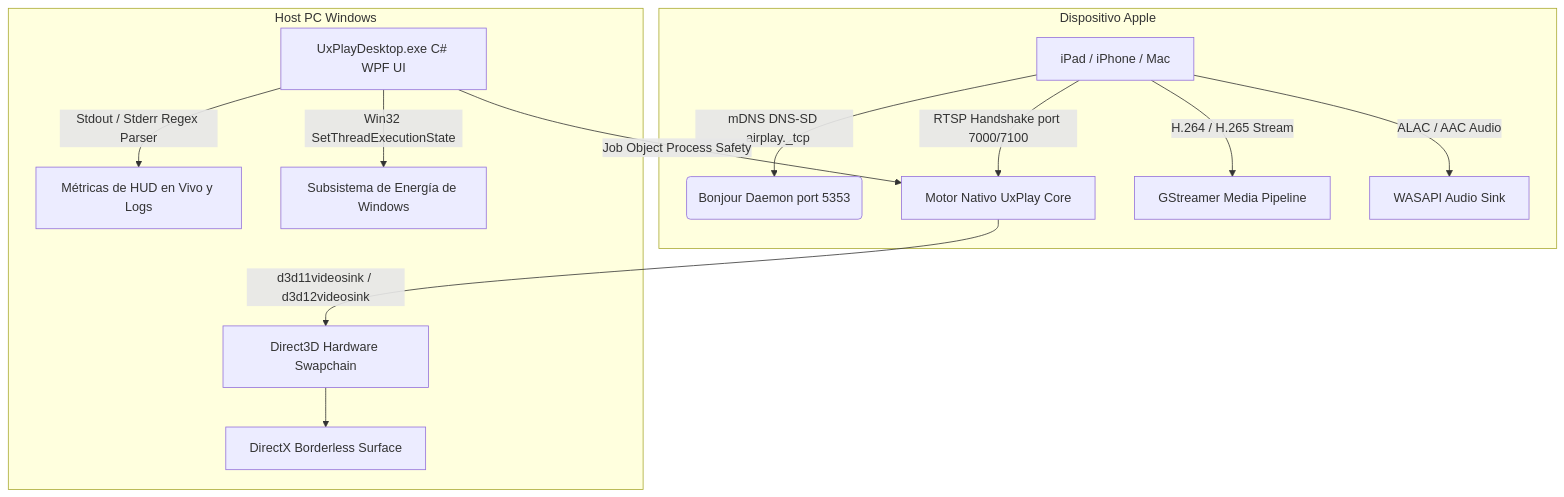
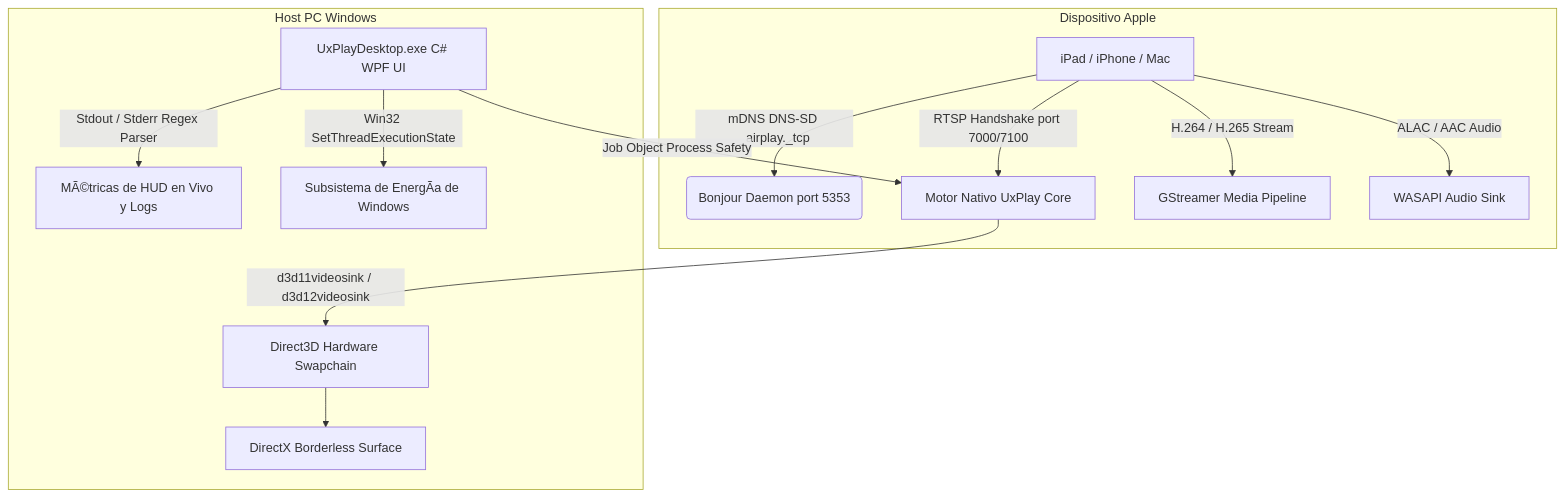
One commit to jorjanion/uxplay-desktop changed the diagram in docs/locales/README.es.md. Above: the diagram before and after it, drawn with Mermaid. The commit also changed other lines of this file and 18 other files, not shown here.

````diff
--- a/docs/locales/README.es.md
+++ b/docs/locales/README.es.md
@@ -85,17 +85,17 @@
 ```mermaid
 graph TD
     subgraph Dispositivo Apple
         A[iPad / iPhone / Mac] -->|mDNS DNS-SD _airplay._tcp| B(Bonjour Daemon port 5353)
         A -->|RTSP Handshake port 7000/7100| C[Motor Nativo UxPlay Core]
         A -->|H.264 / H.265 Stream| D[GStreamer Media Pipeline]
         A -->|ALAC / AAC Audio| E[WASAPI Audio Sink]
     end
 
     subgraph Host PC Windows
         C -->|d3d11videosink / d3d12videosink| F[Direct3D Hardware Swapchain]
         F --> G[DirectX Borderless Surface]
         H[UxPlayDesktop.exe C# WPF UI] -->|Job Object Process Safety| C
-        H -->|Stdout / Stderr Regex Parser| I[Métricas de HUD en Vivo y Logs]
-        H -->|Win32 SetThreadExecutionState| J[Subsistema de Energía de Windows]
+        H -->|Stdout / Stderr Regex Parser| I[MÃ©tricas de HUD en Vivo y Logs]
+        H -->|Win32 SetThreadExecutionState| J[Subsistema de EnergÃ­a de Windows]
     end
 ```
````
